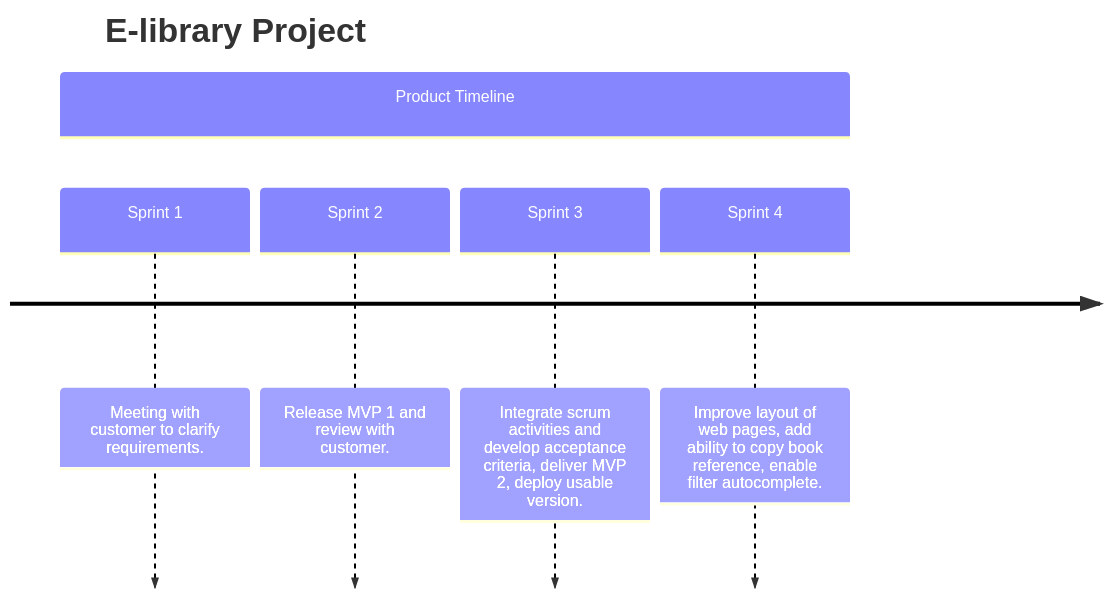
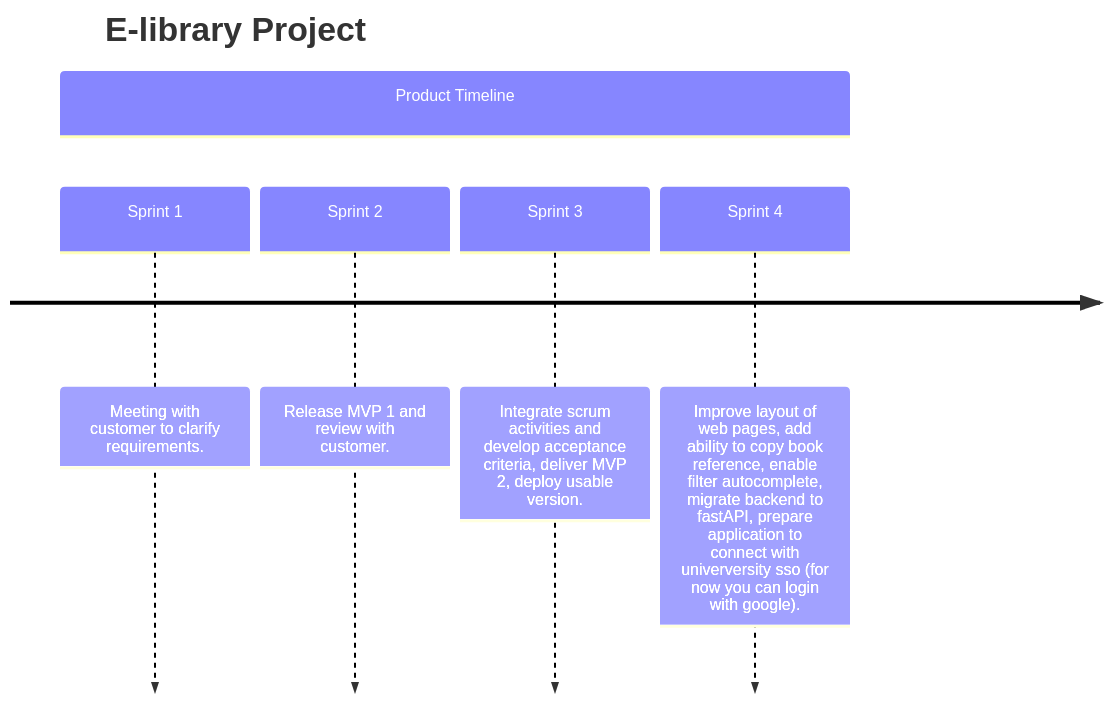
Before and after one commit to deemp/elibrary: the diagram in README.md, drawn with Mermaid.

Commit message:
Add more info in sprint 4 product timeline

````diff
--- a/README.md
+++ b/README.md
@@ -158,9 +158,9 @@
 ```mermaid
 timeline
         title E-library Project
         section Product Timeline
             Sprint 1: Meeting with customer to clarify requirements.
             Sprint 2: Release MVP 1 and review with customer.
             Sprint 3: Integrate scrum activities and develop acceptance criteria, deliver MVP 2, deploy usable version.
-            Sprint 4: Improve layout of web pages, add ability to copy book reference, enable filter autocomplete.
+            Sprint 4: Improve layout of web pages, add ability to copy book reference, enable filter autocomplete, migrate backend to fastAPI, prepare application to connect with univerversity sso (for now you can login with google).
 ```
````
